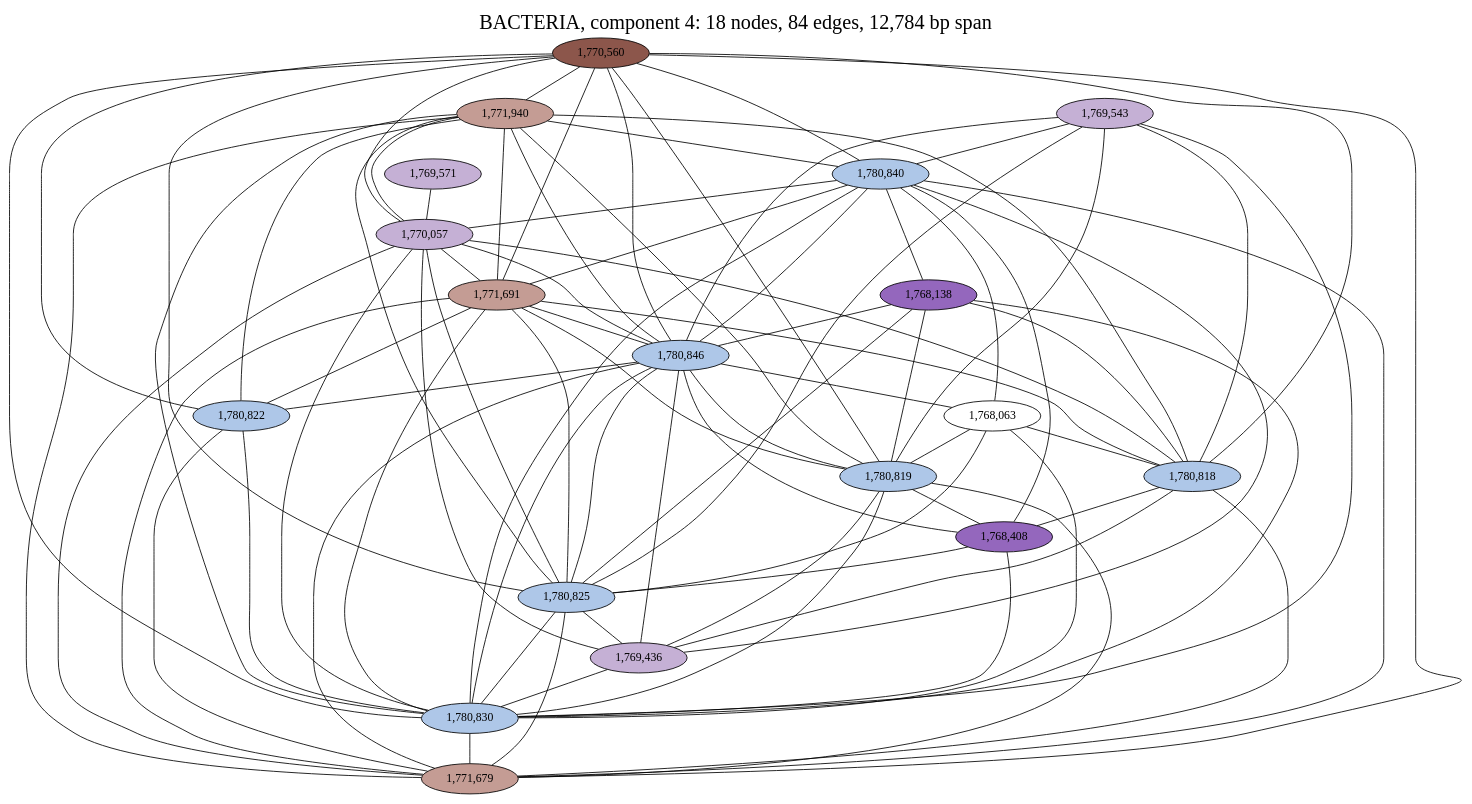
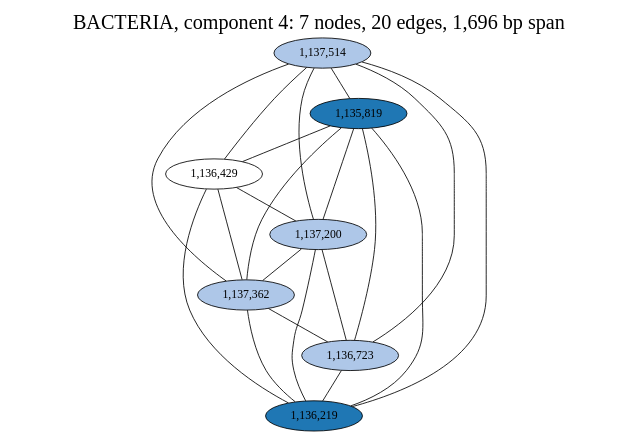
One commit to fedarko/sheepgut changed the diagram in notebooks/graphs/BACTERIA_cc4.gv. Above: the diagram before and after it, drawn with Graphviz. The commit also changed 52 other files, not shown here.

```diff
--- a/notebooks/graphs/BACTERIA_cc4.gv
+++ b/notebooks/graphs/BACTERIA_cc4.gv
@@ -1,109 +1,34 @@
 graph BACTERIA_cc4 {
 	overlap="prism50";
 	outputorder="edgesfirst";
-	label="BACTERIA, component 4: 18 nodes, 84 edges, 12,784 bp span";
+	label="BACTERIA, component 4: 7 nodes, 20 edges, 1,696 bp span";
 	labelloc="t";
 	fontsize=24;
-	"1,770,560" [style="filled", fillcolor="#8c564b", fontcolor="#000000"];
-	"1,769,571" [style="filled", fillcolor="#c5b0d5", fontcolor="#000000"];
-	"1,771,940" [style="filled", fillcolor="#c49c94", fontcolor="#000000"];
-	"1,769,543" [style="filled", fillcolor="#c5b0d5", fontcolor="#000000"];
-	"1,780,840" [style="filled", fillcolor="#aec7e8", fontcolor="#000000"];
-	"1,770,057" [style="filled", fillcolor="#c5b0d5", fontcolor="#000000"];
-	"1,768,138" [style="filled", fillcolor="#9467bd", fontcolor="#000000"];
-	"1,771,691" [style="filled", fillcolor="#c49c94", fontcolor="#000000"];
-	"1,780,846" [style="filled", fillcolor="#aec7e8", fontcolor="#000000"];
-	"1,768,063" [style="filled", fillcolor="#ffffff", fontcolor="#000000"];
-	"1,780,818" [style="filled", fillcolor="#aec7e8", fontcolor="#000000"];
-	"1,780,819" [style="filled", fillcolor="#aec7e8", fontcolor="#000000"];
-	"1,780,822" [style="filled", fillcolor="#aec7e8", fontcolor="#000000"];
-	"1,768,408" [style="filled", fillcolor="#9467bd", fontcolor="#000000"];
-	"1,780,825" [style="filled", fillcolor="#aec7e8", fontcolor="#000000"];
-	"1,769,436" [style="filled", fillcolor="#c5b0d5", fontcolor="#000000"];
-	"1,780,830" [style="filled", fillcolor="#aec7e8", fontcolor="#000000"];
-	"1,771,679" [style="filled", fillcolor="#c49c94", fontcolor="#000000"];
-	"1,770,560" -- "1,770,057";
-	"1,770,560" -- "1,771,679";
-	"1,770,560" -- "1,771,691";
-	"1,770,560" -- "1,771,940";
-	"1,770,560" -- "1,780,818";
-	"1,770,560" -- "1,780,819";
-	"1,770,560" -- "1,780,822";
-	"1,770,560" -- "1,780,825";
-	"1,770,560" -- "1,780,830";
-	"1,770,560" -- "1,780,840";
-	"1,770,560" -- "1,780,846";
-	"1,769,571" -- "1,770,057";
-	"1,771,940" -- "1,770,057";
-	"1,771,940" -- "1,771,679";
-	"1,771,940" -- "1,771,691";
-	"1,771,940" -- "1,780,818";
-	"1,771,940" -- "1,780,819";
-	"1,771,940" -- "1,780,822";
-	"1,771,940" -- "1,780,825";
-	"1,771,940" -- "1,780,830";
-	"1,771,940" -- "1,780,840";
-	"1,771,940" -- "1,780,846";
-	"1,769,543" -- "1,780,818";
-	"1,769,543" -- "1,780,819";
-	"1,769,543" -- "1,780,825";
-	"1,769,543" -- "1,780,830";
-	"1,769,543" -- "1,780,840";
-	"1,769,543" -- "1,780,846";
-	"1,780,840" -- "1,768,063";
-	"1,780,840" -- "1,768,138";
-	"1,780,840" -- "1,768,408";
-	"1,780,840" -- "1,769,436";
-	"1,780,840" -- "1,770,057";
-	"1,780,840" -- "1,771,679";
-	"1,780,840" -- "1,771,691";
-	"1,780,840" -- "1,780,830";
-	"1,780,840" -- "1,780,846";
-	"1,770,057" -- "1,769,436";
-	"1,770,057" -- "1,771,679";
-	"1,770,057" -- "1,771,691";
-	"1,770,057" -- "1,780,818";
-	"1,770,057" -- "1,780,825";
-	"1,770,057" -- "1,780,830";
-	"1,770,057" -- "1,780,846";
-	"1,768,138" -- "1,780,818";
-	"1,768,138" -- "1,780,819";
-	"1,768,138" -- "1,780,825";
-	"1,768,138" -- "1,780,830";
-	"1,768,138" -- "1,780,846";
-	"1,771,691" -- "1,771,679";
-	"1,771,691" -- "1,780,818";
-	"1,771,691" -- "1,780,819";
-	"1,771,691" -- "1,780,822";
-	"1,771,691" -- "1,780,825";
-	"1,771,691" -- "1,780,830";
-	"1,771,691" -- "1,780,846";
-	"1,780,846" -- "1,768,063";
-	"1,780,846" -- "1,768,408";
-	"1,780,846" -- "1,769,436";
-	"1,780,846" -- "1,771,679";
-	"1,780,846" -- "1,780,819";
-	"1,780,846" -- "1,780,822";
-	"1,780,846" -- "1,780,825";
-	"1,780,846" -- "1,780,830";
-	"1,768,063" -- "1,780,818";
-	"1,768,063" -- "1,780,819";
-	"1,768,063" -- "1,780,825";
-	"1,768,063" -- "1,780,830";
-	"1,780,818" -- "1,768,408";
-	"1,780,818" -- "1,769,436";
-	"1,780,818" -- "1,771,679";
-	"1,780,819" -- "1,768,408";
-	"1,780,819" -- "1,769,436";
-	"1,780,819" -- "1,771,679";
-	"1,780,819" -- "1,780,830";
-	"1,780,822" -- "1,771,679";
-	"1,780,822" -- "1,780,830";
-	"1,768,408" -- "1,780,825";
-	"1,768,408" -- "1,780,830";
-	"1,780,825" -- "1,769,436";
-	"1,780,825" -- "1,771,679";
-	"1,780,825" -- "1,780,830";
-	"1,769,436" -- "1,780,830";
-	"1,780,830" -- "1,771,679";
+	"1,137,514" [style="filled", fillcolor="#aec7e8", fontcolor="#000000"];
+	"1,135,819" [style="filled", fillcolor="#1f77b4", fontcolor="#000000"];
+	"1,136,429" [style="filled", fillcolor="#ffffff", fontcolor="#000000"];
+	"1,137,200" [style="filled", fillcolor="#aec7e8", fontcolor="#000000"];
+	"1,137,362" [style="filled", fillcolor="#aec7e8", fontcolor="#000000"];
+	"1,136,723" [style="filled", fillcolor="#aec7e8", fontcolor="#000000"];
+	"1,136,219" [style="filled", fillcolor="#1f77b4", fontcolor="#000000"];
+	"1,137,514" -- "1,135,819";
+	"1,137,514" -- "1,136,219";
+	"1,137,514" -- "1,136,429";
+	"1,137,514" -- "1,136,723";
+	"1,137,514" -- "1,137,200";
+	"1,137,514" -- "1,137,362";
+	"1,135,819" -- "1,136,219";
+	"1,135,819" -- "1,136,429";
+	"1,135,819" -- "1,136,723";
+	"1,135,819" -- "1,137,200";
+	"1,135,819" -- "1,137,362";
+	"1,136,429" -- "1,136,219";
+	"1,136,429" -- "1,137,200";
+	"1,136,429" -- "1,137,362";
+	"1,137,200" -- "1,136,219";
+	"1,137,200" -- "1,136,723";
+	"1,137,200" -- "1,137,362";
+	"1,137,362" -- "1,136,219";
+	"1,137,362" -- "1,136,723";
+	"1,136,723" -- "1,136,219";
 }
```
